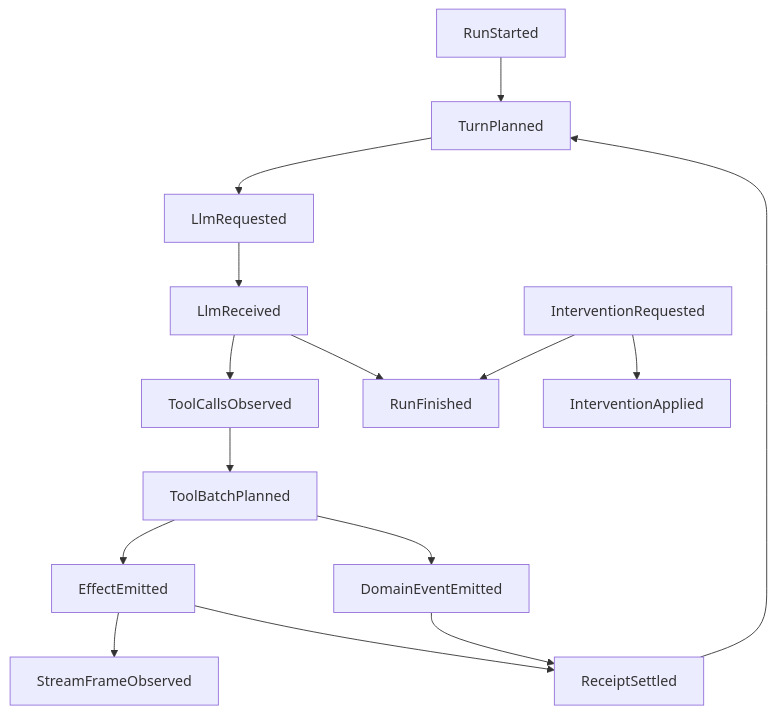
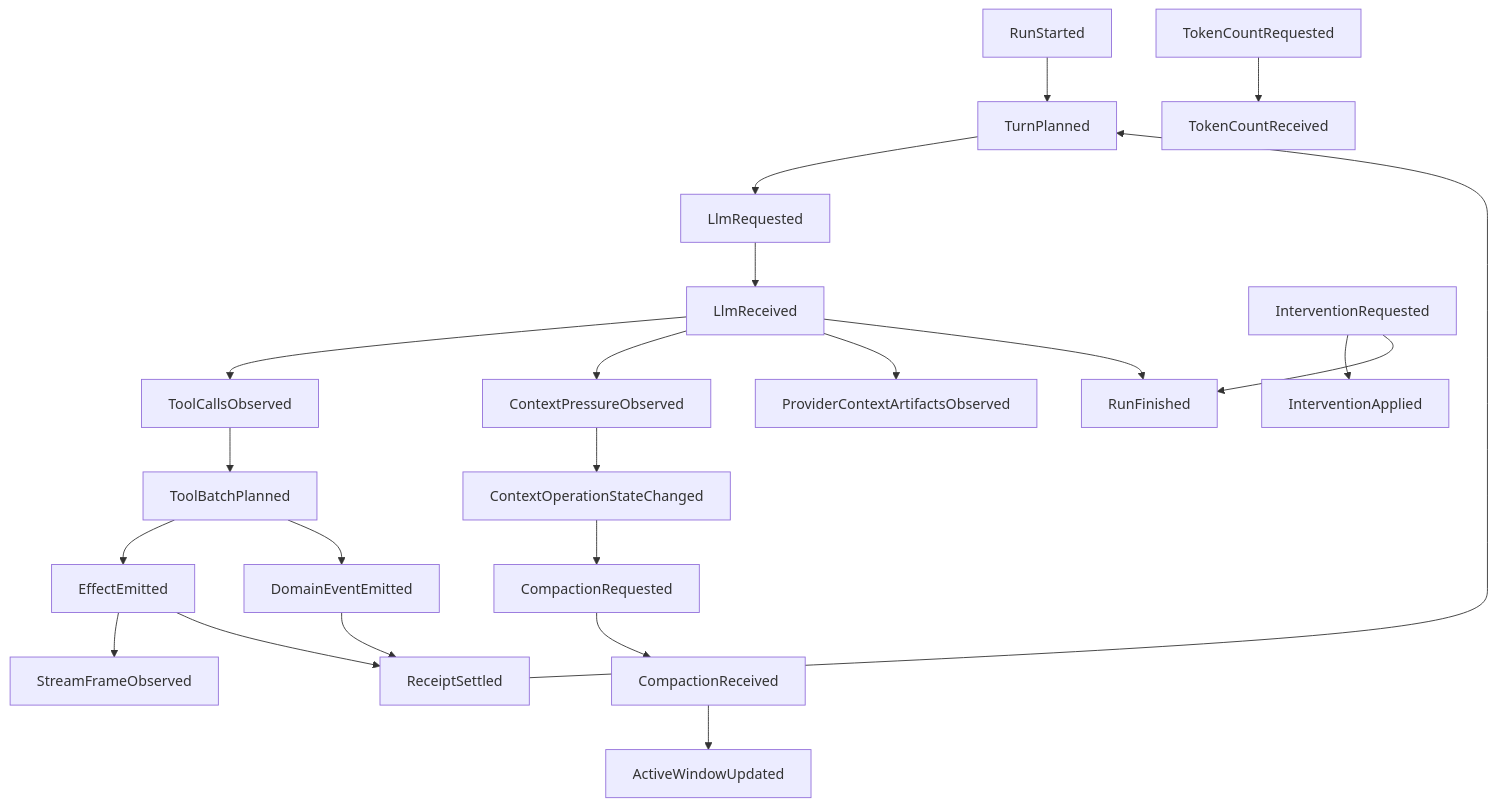
One commit to smartcomputer-ai/agent-os changed diagram 17 of 25 in roadmap/v0.30-agent/visual-guide.md. Above: the diagram before and after it, drawn with Mermaid. The commit also changed other lines of this file, not shown here.

````diff
--- a/roadmap/v0.30-agent/visual-guide.md
+++ b/roadmap/v0.30-agent/visual-guide.md
@@ -1268,17 +1490,24 @@
 ```mermaid
 flowchart TD
   RunStarted --> TurnPlanned
   TurnPlanned --> LlmRequested
   LlmRequested --> LlmReceived
   LlmReceived --> ToolCallsObserved
   ToolCallsObserved --> ToolBatchPlanned
   ToolBatchPlanned --> EffectEmitted
   ToolBatchPlanned --> DomainEventEmitted
   EffectEmitted --> StreamFrameObserved
   EffectEmitted --> ReceiptSettled
   DomainEventEmitted --> ReceiptSettled
   ReceiptSettled --> TurnPlanned
+  LlmReceived --> ContextPressureObserved
+  ContextPressureObserved --> ContextOperationStateChanged
+  ContextOperationStateChanged --> CompactionRequested
+  CompactionRequested --> CompactionReceived
+  CompactionReceived --> ActiveWindowUpdated
+  TokenCountRequested --> TokenCountReceived
+  LlmReceived --> ProviderContextArtifactsObserved
   LlmReceived --> RunFinished
   InterventionRequested --> InterventionApplied
   InterventionRequested --> RunFinished
 ```
````
